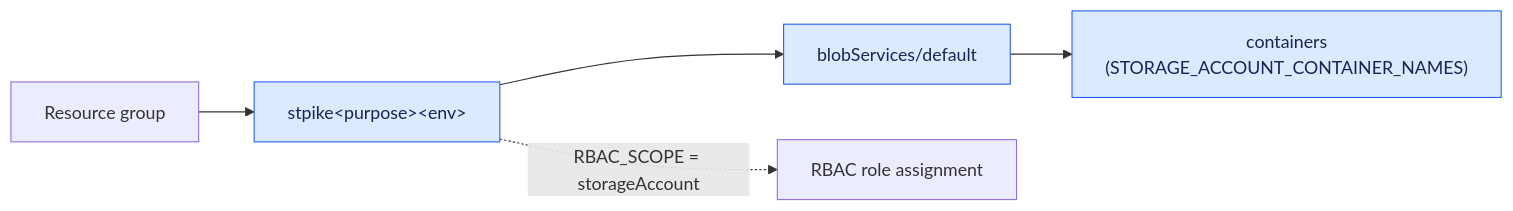
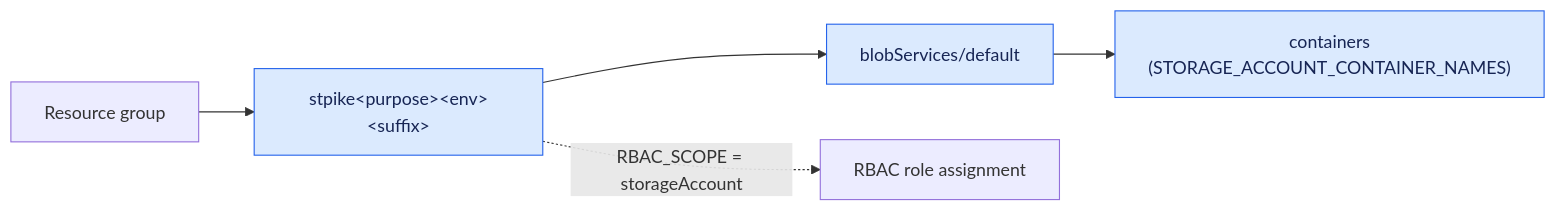
Before and after one commit to PROMETHEUS-N/pike-infra-eaas-new: the diagram in modules/storage/README.md, drawn with Mermaid. The commit also changed other lines of this file and 13 other files, not shown here.

````diff
--- a/modules/storage/README.md
+++ b/modules/storage/README.md
@@ -23,9 +23,9 @@
 ```mermaid
 flowchart LR
-    RG["Resource group"] --> ST["stpike&lt;purpose&gt;&lt;env&gt;"]
+    RG["Resource group"] --> ST["stpike&lt;purpose&gt;&lt;env&gt;&lt;suffix&gt;"]
     ST --> BS["blobServices/default"] --> C["containers<br/>(STORAGE_ACCOUNT_CONTAINER_NAMES)"]
     ST -. "RBAC_SCOPE = storageAccount" .-> RBAC["RBAC role assignment"]
 
     classDef st fill:#dbeafe,stroke:#2563eb,color:#172554
     class ST,BS,C st
 ```
````
